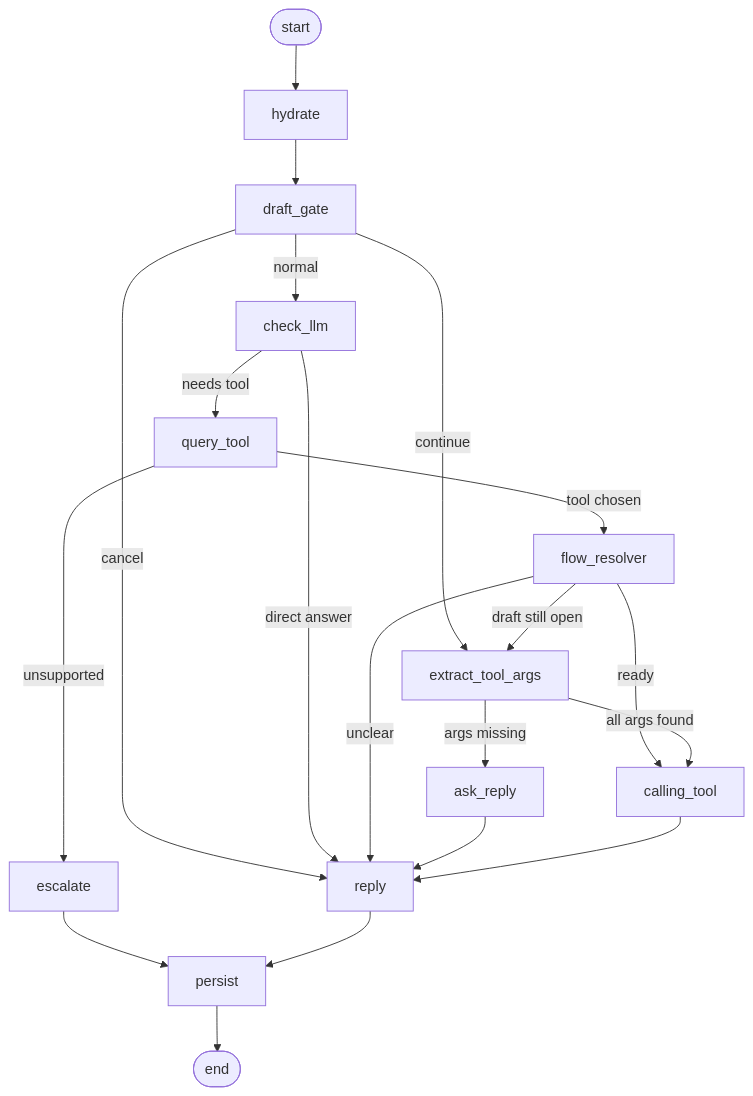
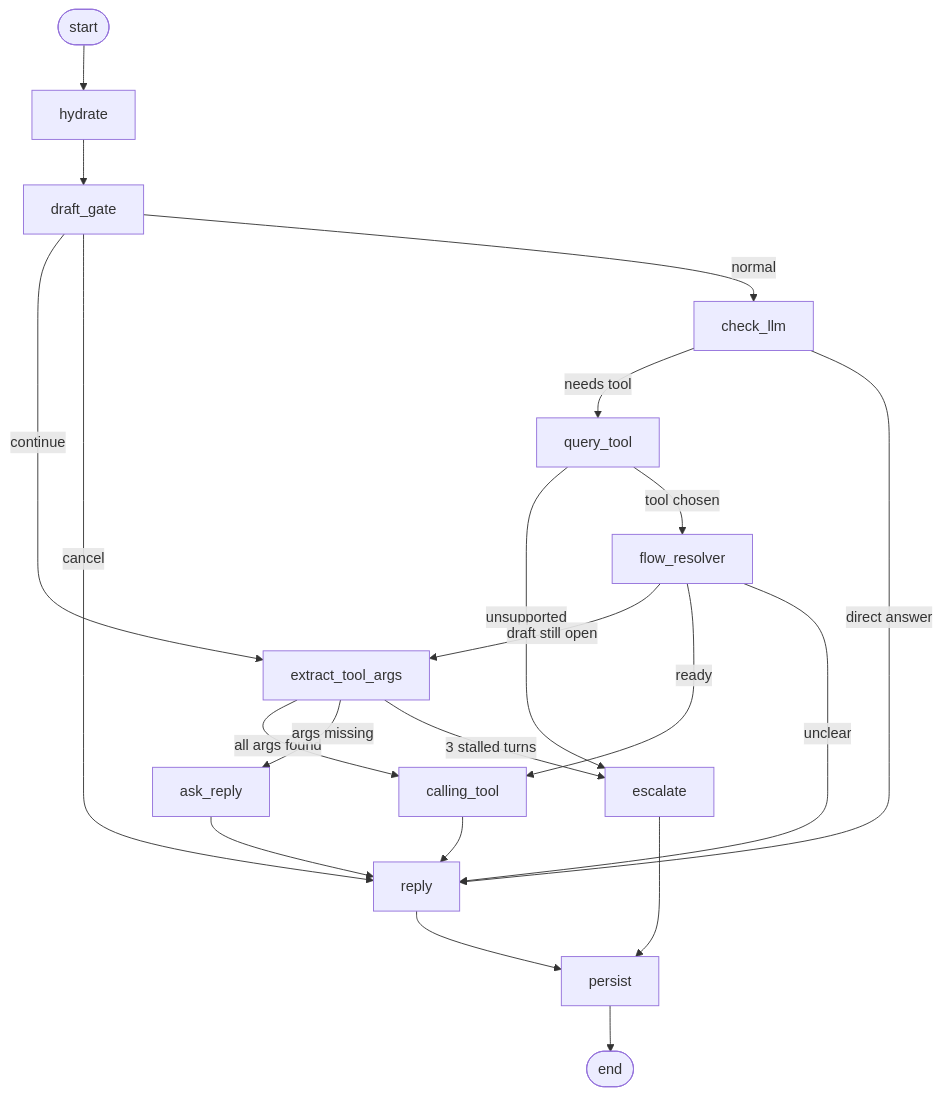
Before and after one commit to LebgaaAbderrahmane/ecomAssistant: the fourth of 6 diagrams in docs/architecture.md, drawn with Mermaid. The commit also changed other lines of this file and 13 other files, not shown here.

Commit message:
escalate after 3 stalled draft turns

````diff
--- a/docs/architecture.md
+++ b/docs/architecture.md
@@ -415,22 +415,23 @@
 ```mermaid
 flowchart TD
     S(["start"]) --> H["hydrate"]
     H --> DG["draft_gate"]
     DG -->|"continue"| EX["extract_tool_args"]
     DG -->|"cancel"| RP["reply"]
     DG -->|"normal"| CK["check_llm"]
     CK -->|"needs tool"| QT["query_tool"]
     CK -->|"direct answer"| RP
     QT -->|"unsupported"| ES["escalate"]
     QT -->|"tool chosen"| FR["flow_resolver"]
     FR -->|"draft still open"| EX
     FR -->|"ready"| CT["calling_tool"]
     FR -->|"unclear"| RP
     EX -->|"all args found"| CT
     EX -->|"args missing"| AR["ask_reply"]
+    EX -->|"3 stalled turns"| ES
     AR --> RP
     CT --> RP
     ES --> PS["persist"]
     RP --> PS
     PS --> E(["end"])
 ```
````
